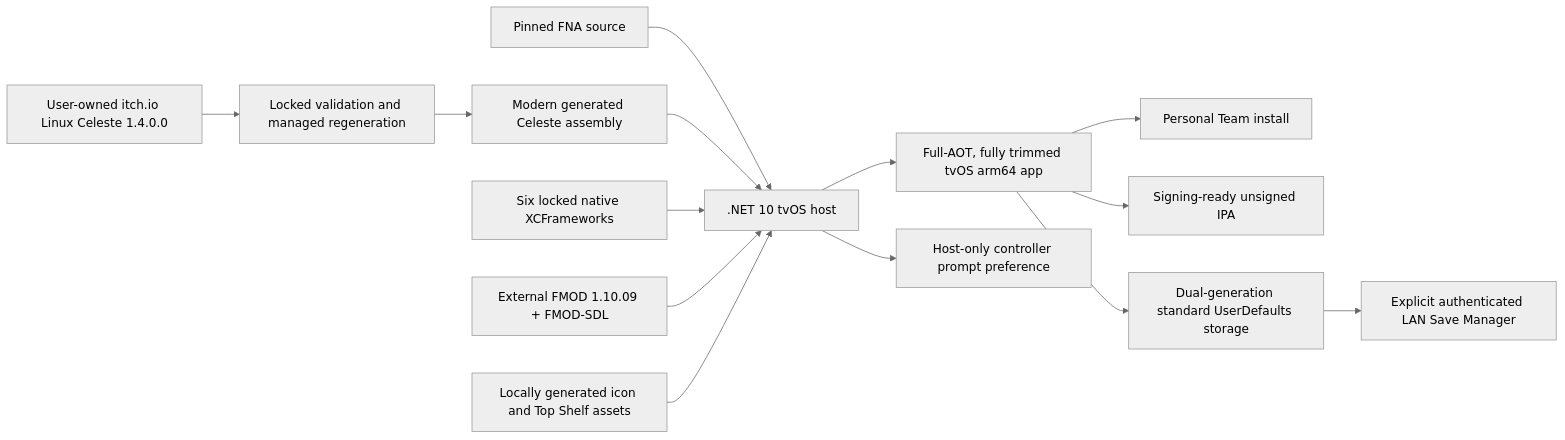
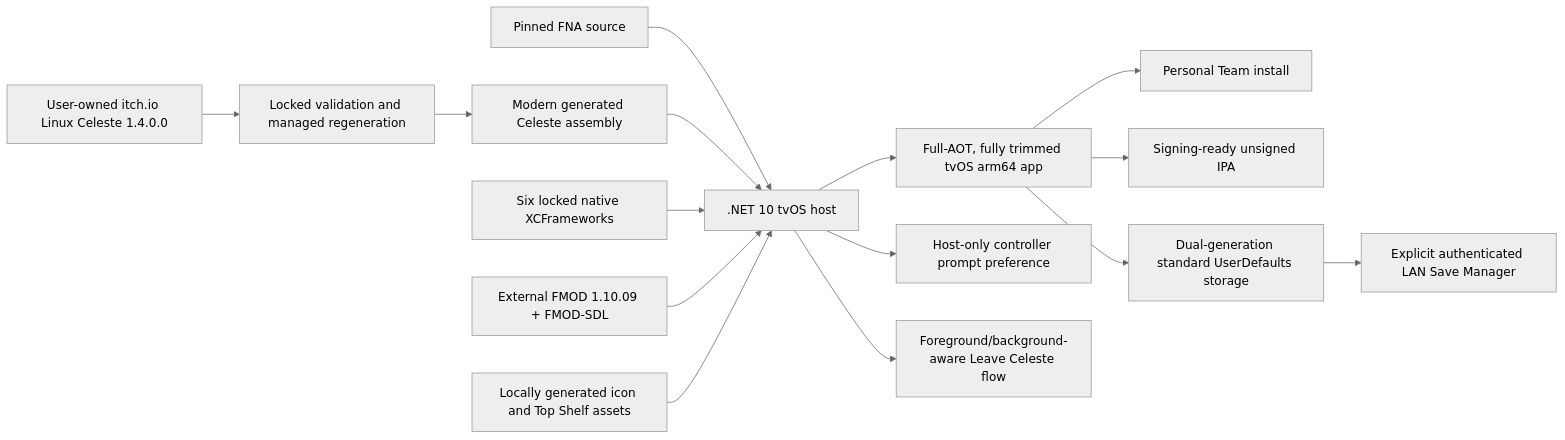
Before and after one commit to hmcneill46/celeste-ios: the diagram in docs/STATUS.md, drawn with Mermaid (neutral theme). The commit also changed other lines of this file and 24 other files, not shown here.

````diff
--- a/docs/STATUS.md
+++ b/docs/STATUS.md
@@ -31,16 +31,17 @@
 ```mermaid
 flowchart LR
     U["User-owned itch.io Linux Celeste 1.4.0.0"] --> G["Locked validation and managed regeneration"]
     G --> C["Modern generated Celeste assembly"]
     F["Pinned FNA source"] --> H[".NET 10 tvOS host"]
     C --> H
     N["Six locked native XCFrameworks"] --> H
     M["External FMOD 1.10.09 + FMOD-SDL"] --> H
     A["Locally generated icon and Top Shelf assets"] --> H
     H --> P["Full-AOT, fully trimmed tvOS arm64 app"]
     P --> D["Personal Team install"]
     P --> I["Signing-ready unsigned IPA"]
     P --> S["Dual-generation standard UserDefaults storage"]
     S --> W["Explicit authenticated LAN Save Manager"]
     H --> B["Host-only controller prompt preference"]
+    H --> Q["Foreground/background-aware Leave Celeste flow"]
 ```
````
